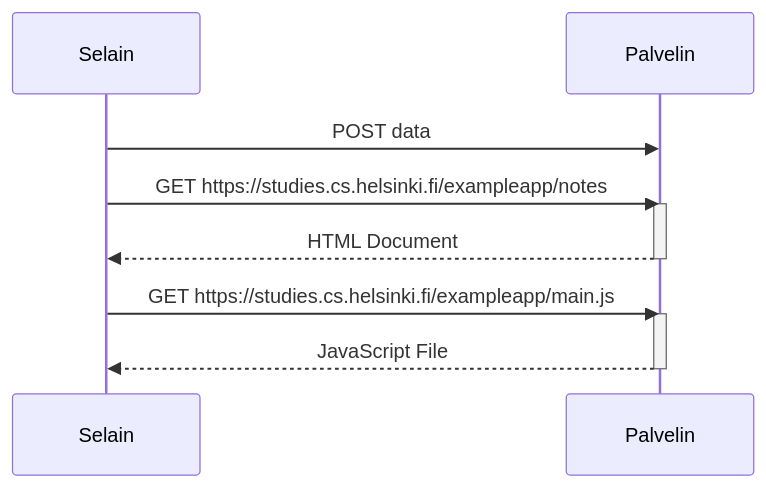
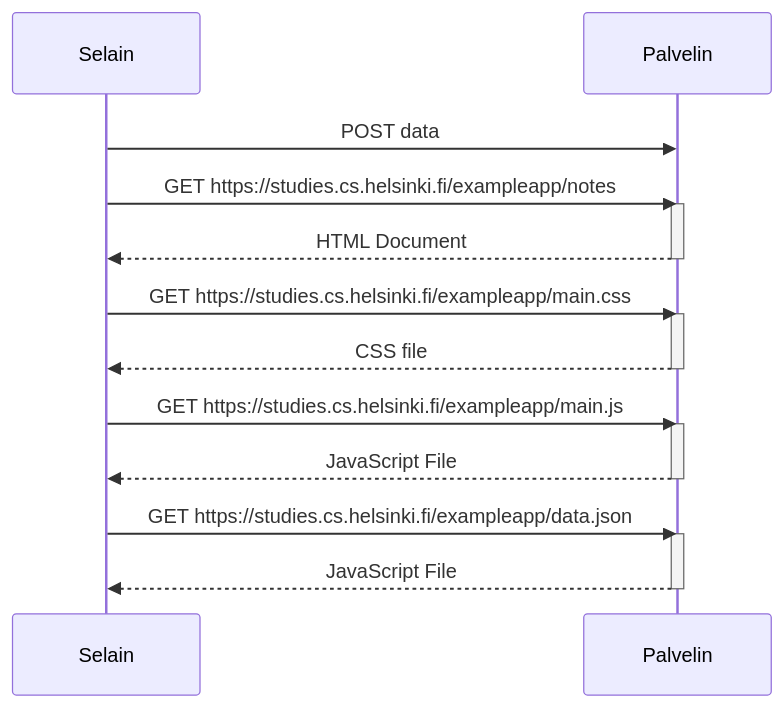
The diagram in Osa0/04.md (TeekkariTeemu/fullstack), drawn with Mermaid before and after one commit.

Commit message:
CSS lisäys

````diff
--- a/Osa0/04.md
+++ b/Osa0/04.md
@@ -1,14 +1,22 @@
 ```mermaid
 sequenceDiagram
     participant Selain
     participant Palvelin
     Selain->>Palvelin: POST data
     Selain->>Palvelin: GET https://studies.cs.helsinki.fi/exampleapp/notes
     activate Palvelin
     Palvelin-->>Selain: HTML Document
     deactivate Palvelin
+    Selain->>Palvelin: GET https://studies.cs.helsinki.fi/exampleapp/main.css
+    activate Palvelin
+    Palvelin-->>Selain: CSS file
+    deactivate Palvelin
     Selain->>Palvelin: GET https://studies.cs.helsinki.fi/exampleapp/main.js
     activate Palvelin
     Palvelin-->>Selain: JavaScript File
     deactivate Palvelin
+    Selain->>Palvelin: GET https://studies.cs.helsinki.fi/exampleapp/data.json
+    activate Palvelin
+    Palvelin-->>Selain: JavaScript File
+    deactivate Palvelin
 ```
````
